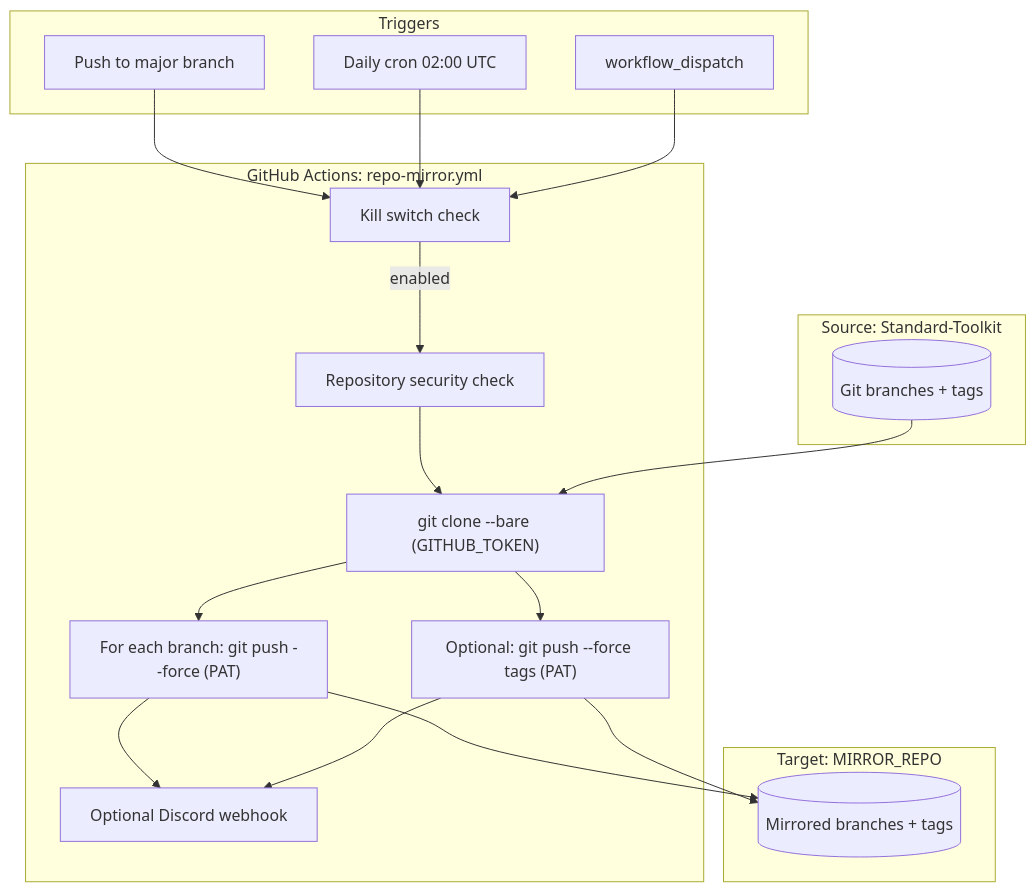
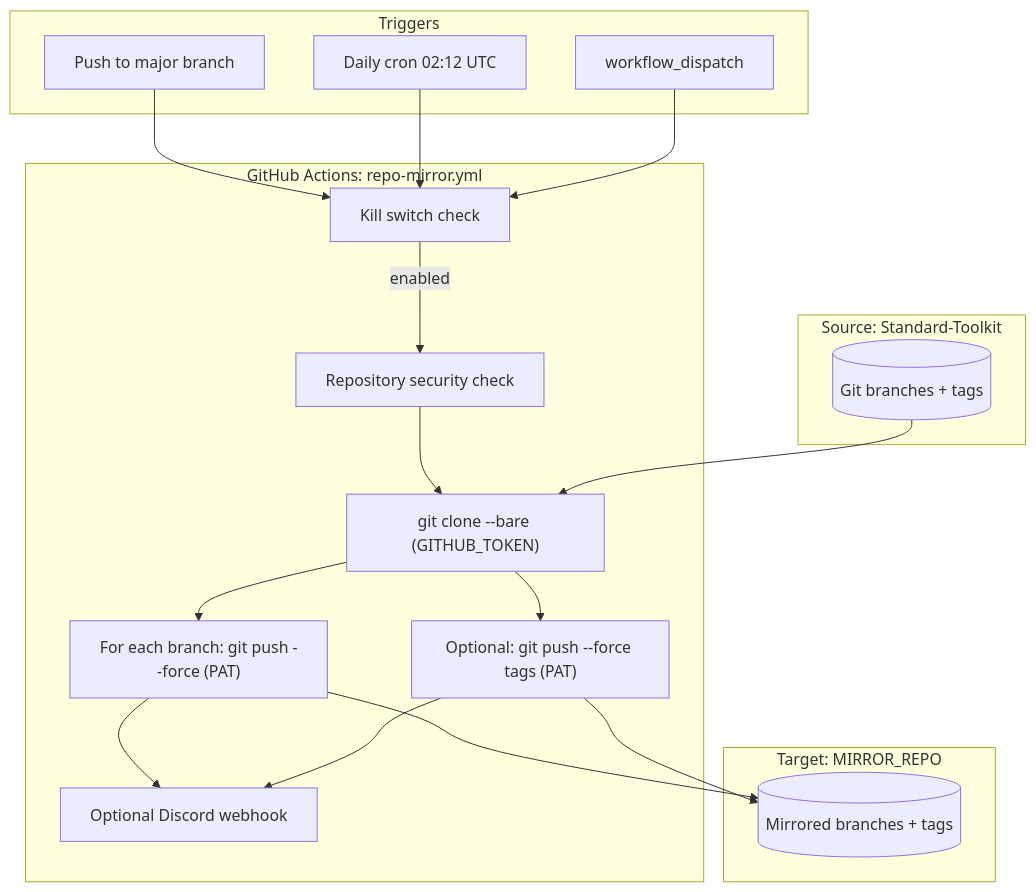
Before and after one commit to Krypton-Suite/Standard-Toolkit-Online-Help: the diagram in Source/Help/DocFX/articles/Contributing/Workflows/RepositoryMirrorWorkflow.md, drawn with Mermaid. The commit also changed other lines of this file and 224 other files, not shown here.

````diff
--- a/Source/Help/DocFX/articles/Contributing/Workflows/RepositoryMirrorWorkflow.md
+++ b/Source/Help/DocFX/articles/Contributing/Workflows/RepositoryMirrorWorkflow.md
@@ -111,38 +113,38 @@
 ```mermaid
 flowchart TD
     subgraph triggers [Triggers]
         PUSH[Push to major branch]
-        CRON[Daily cron 02:00 UTC]
+        CRON[Daily cron 02:12 UTC]
         MANUAL[workflow_dispatch]
     end
 
     subgraph source [Source: Standard-Toolkit]
         SRC[(Git branches + tags)]
     end
 
     subgraph workflow [GitHub Actions: repo-mirror.yml]
         KS[Kill switch check]
         SEC[Repository security check]
         CLONE["git clone --bare (GITHUB_TOKEN)"]
         PUSHBR["For each branch: git push --force (PAT)"]
         PUSHTAG["Optional: git push --force tags (PAT)"]
         DISCORD[Optional Discord webhook]
     end
 
     subgraph target [Target: MIRROR_REPO]
         MIRROR[(Mirrored branches + tags)]
     end
 
     PUSH --> KS
     CRON --> KS
     MANUAL --> KS
     KS -->|enabled| SEC
     SEC --> CLONE
     SRC --> CLONE
     CLONE --> PUSHBR
     PUSHBR --> MIRROR
     CLONE --> PUSHTAG
     PUSHTAG --> MIRROR
     PUSHBR --> DISCORD
     PUSHTAG --> DISCORD
 ```
````
